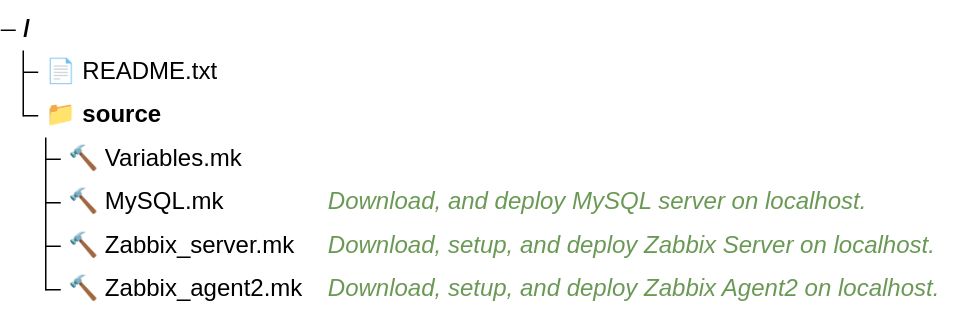
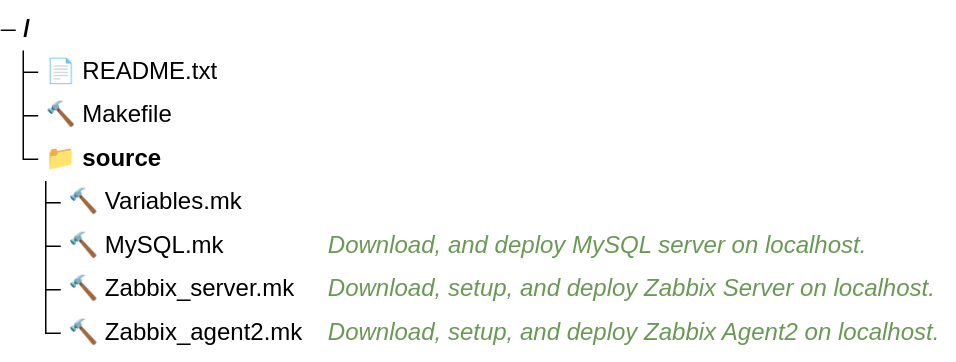
The diagram in README.md (Zai4ikManiak/Cyber-Security-Study), drawn with Mermaid before and after one commit.

Commit message:
modified:   README.md

````diff
--- a/README.md
+++ b/README.md
@@ -2,15 +2,16 @@
 ```mermaid
 ---
 config:
     treeView:
         showIcons: false
         defaultIconPack: material-icon-theme
 ---
 treeView-beta
     📄 README.txt
+    🔨 Makefile
     📁 source/ 
         🔨 Variables.mk
         🔨 MySQL.mk ## Download, and deploy MySQL server on localhost.
         🔨 Zabbix_server.mk ## Download, setup, and deploy Zabbix Server on localhost.
         🔨 Zabbix_agent2.mk ## Download, setup, and deploy Zabbix Agent2 on localhost.
 ```
````
